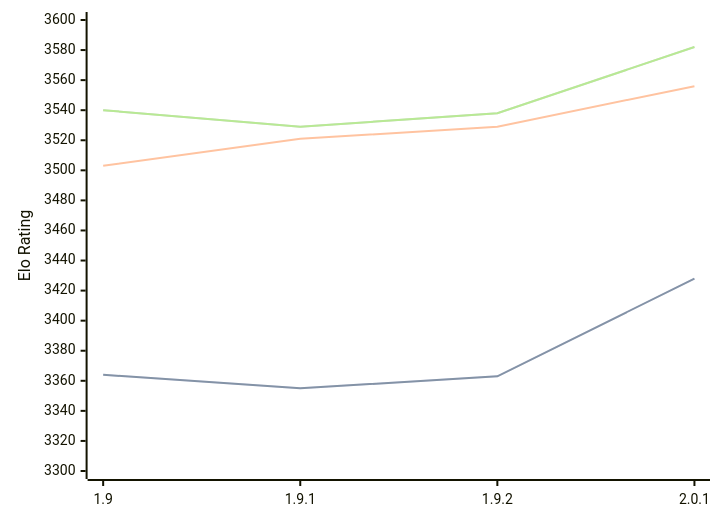
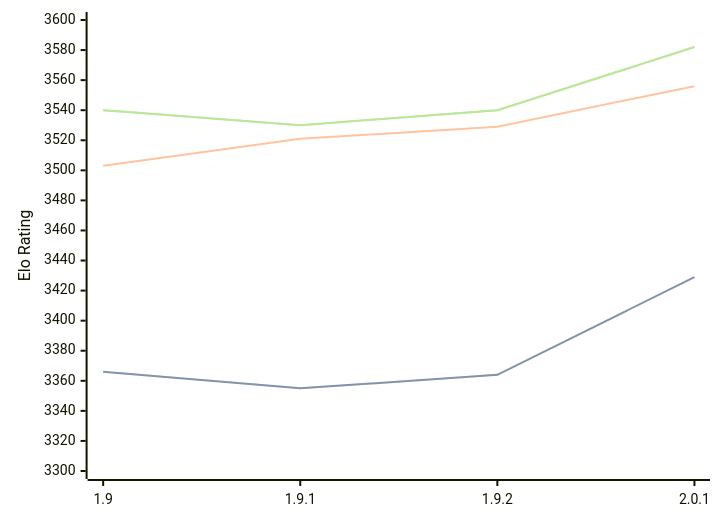
Before and after one commit to computer-chess-index/cci: the first of 3 diagrams in engines/Pawnocchio.md, drawn with Mermaid. The commit also changed other lines of this file, not shown here.

Commit message:
Update CCI Ratings (ELO VLTC) - 2026-07-13

````diff
--- a/engines/Pawnocchio.md
+++ b/engines/Pawnocchio.md
@@ -50,11 +50,11 @@
 ```mermaid
 %%{init: {"theme":"base","themeVariables":{"seriesColors:['#a3a3a3','#222221','#faa371']}}}%%
 xychart-beta
   x-axis ["1.9", "1.9.1", "1.9.2", "2.0.1"]
   y-axis "Elo Rating" 3300 --> 3600
-  line "STC (8.0+0.08s)" [3364, 3355, 3363, 3428]
-  line "STC (8.0+0.08s)" [3364, 3355, 3363, 3428]
+  line "STC (8.0+0.08s)" [3366, 3355, 3364, 3429]
+  line "STC (8.0+0.08s)" [3366, 3355, 3364, 3429]
   line "LTC (60.0+0.60s)" [3503, 3521, 3529, 3556]
-  line "VLTC (2m24s+1.12s)" [3540, 3529, 3538, 3582]
-  line "VLTC (2m24s+1.12s)" [3540, 3529, 3538, 3582]
+  line "VLTC (2m24s+1.12s)" [3540, 3530, 3540, 3582]
+  line "VLTC (2m24s+1.12s)" [3540, 3530, 3540, 3582]
 ```
````
